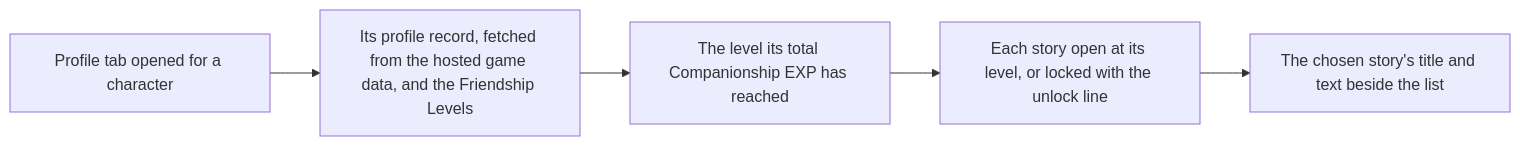
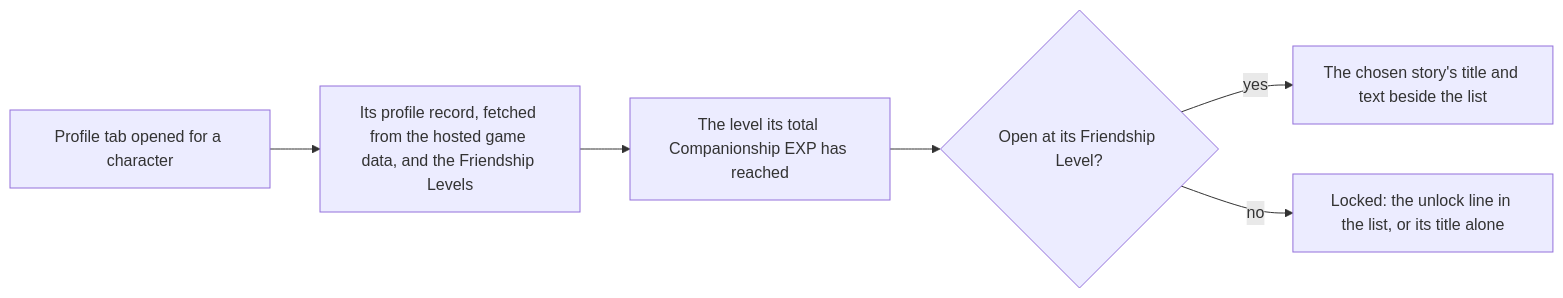
One commit to Esposter/Esposter changed the diagram in openspec/specs/genshin/character-profile/design.md. Above: the diagram before and after it, drawn with Mermaid. The commit also changed other lines of this file and 12 other files, not shown here.

````diff
--- a/openspec/specs/genshin/character-profile/design.md
+++ b/openspec/specs/genshin/character-profile/design.md
@@ -7,7 +7,8 @@
 ```mermaid
 flowchart LR
   OPEN["Profile tab opened for a character"] --> LOAD["Its profile record, fetched from the hosted game data, and the Friendship Levels"]
   LOAD --> LEVEL["The level its total Companionship EXP has reached"]
-  LEVEL --> LIST["Each story open at its level, or locked with the unlock line"]
-  LIST --> PANEL["The chosen story's title and text beside the list"]
+  LEVEL --> LIST{"Open at its Friendship Level?"}
+  LIST -->|"yes"| PANEL["The chosen story's title and text beside the list"]
+  LIST -->|"no"| LOCKED["Locked: the unlock line in the list, or its title alone"]
 ```
````
